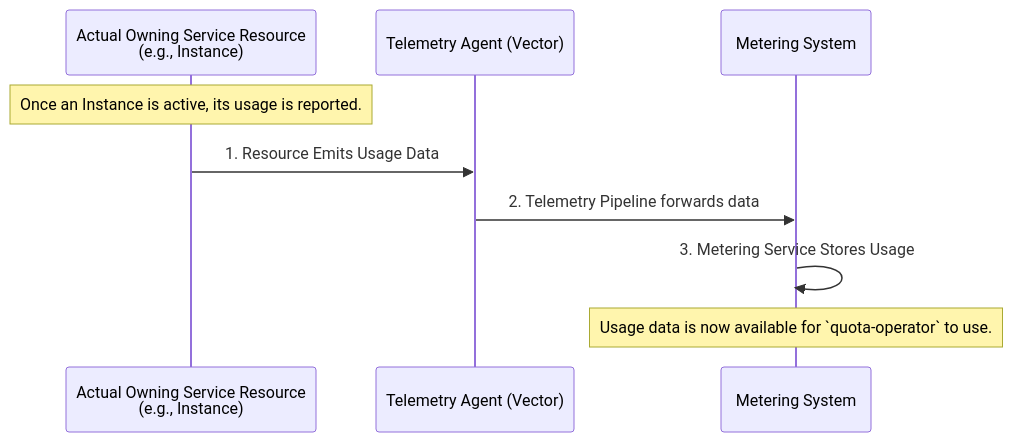
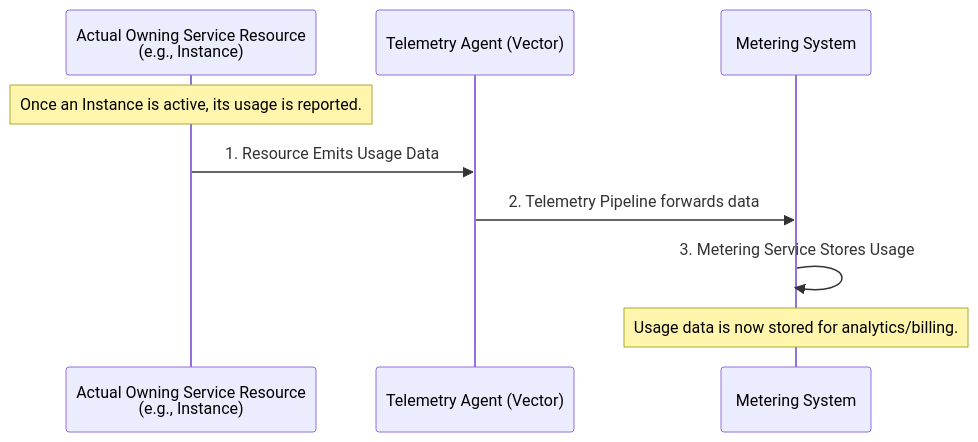
The sixth of 7 diagrams in enhancements/platform/quota-management/README.md (datum-cloud/enhancements), drawn with Mermaid before and after one commit. The commit also changed other lines of this file, not shown here.

Commit message:
enh(quota): re-add accidentally removed resourceRef

````diff
--- a/enhancements/platform/quota-management/README.md
+++ b/enhancements/platform/quota-management/README.md
@@ -1504,13 +1431,13 @@
 ```mermaid
 %% Sequence Diagram - Telemetry & Metering Flow (Post-Provisioning if Granted)
 sequenceDiagram
     participant ActualResource as Actual Owning Service Resource <br> (e.g., Instance)
     participant TelemetryAgent as Telemetry Agent (Vector)
     participant MeteringService as Metering System
 
     note over ActualResource: Once an Instance is active, its usage is reported.
     ActualResource ->> TelemetryAgent: 1. Resource Emits Usage Data
     TelemetryAgent ->> MeteringService: 2. Telemetry Pipeline forwards data
     MeteringService ->> MeteringService: 3. Metering Service Stores Usage
-    note over MeteringService: Usage data is now available for `quota-operator` to use.
+    note over MeteringService: Usage data is now stored for analytics/billing.
 ```
````
